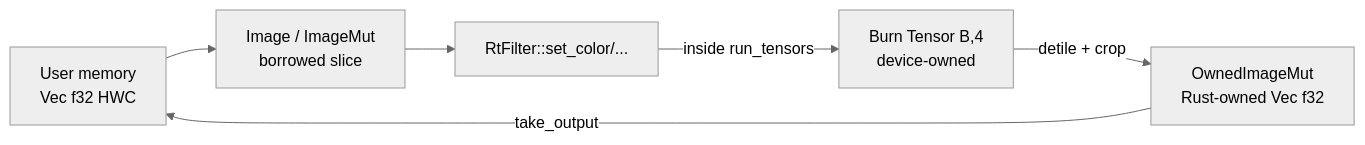
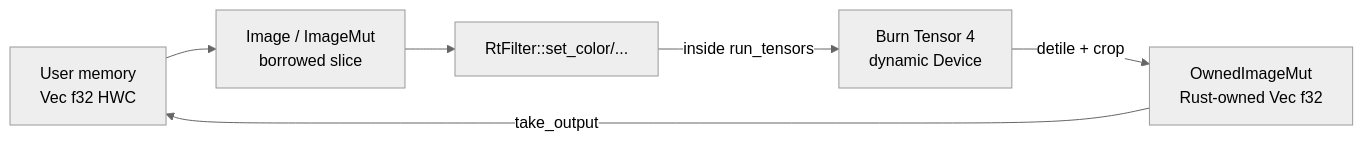
The tenth of 19 diagrams in DIAGRAMS.md (ssoj13/oidn-rs), drawn with Mermaid (neutral theme) before and after one commit. The commit also changed other lines of this file and 245 other files, not shown here.

````diff
--- a/DIAGRAMS.md
+++ b/DIAGRAMS.md
@@ -188,8 +231,8 @@
 ```mermaid
 flowchart LR
     user[User memory<br/>Vec f32 HWC] --> image[Image / ImageMut<br/>borrowed slice]
     image --> rt[RtFilter::set_color/...]
-    rt -- inside run_tensors --> burn[Burn Tensor B,4<br/>device-owned]
+    rt -- inside run_tensors --> burn[Burn Tensor 4<br/>dynamic Device]
     burn -- detile + crop --> accum[OwnedImageMut<br/>Rust-owned Vec f32]
     accum -- take_output --> user
 ```
````
